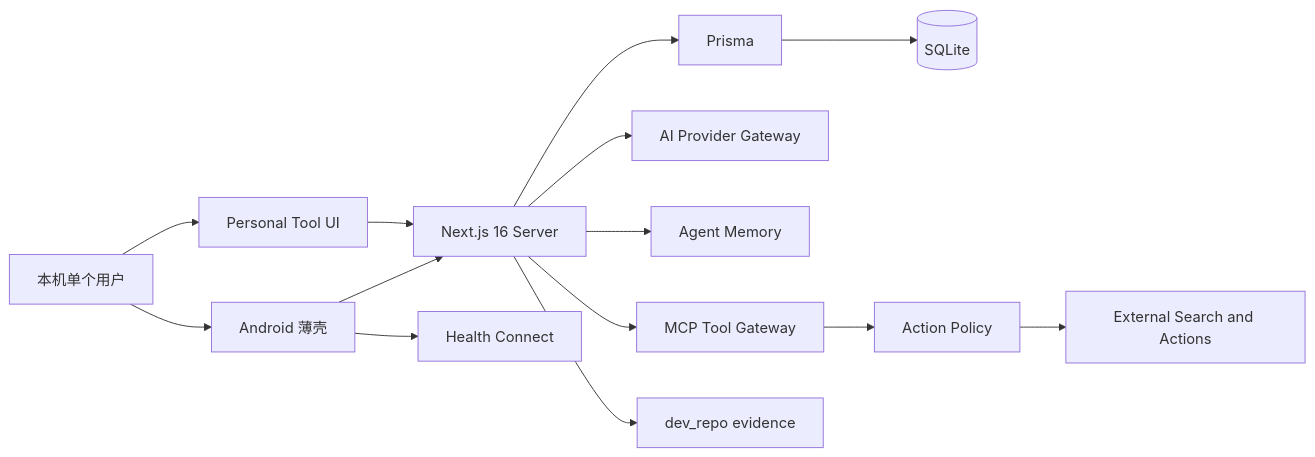
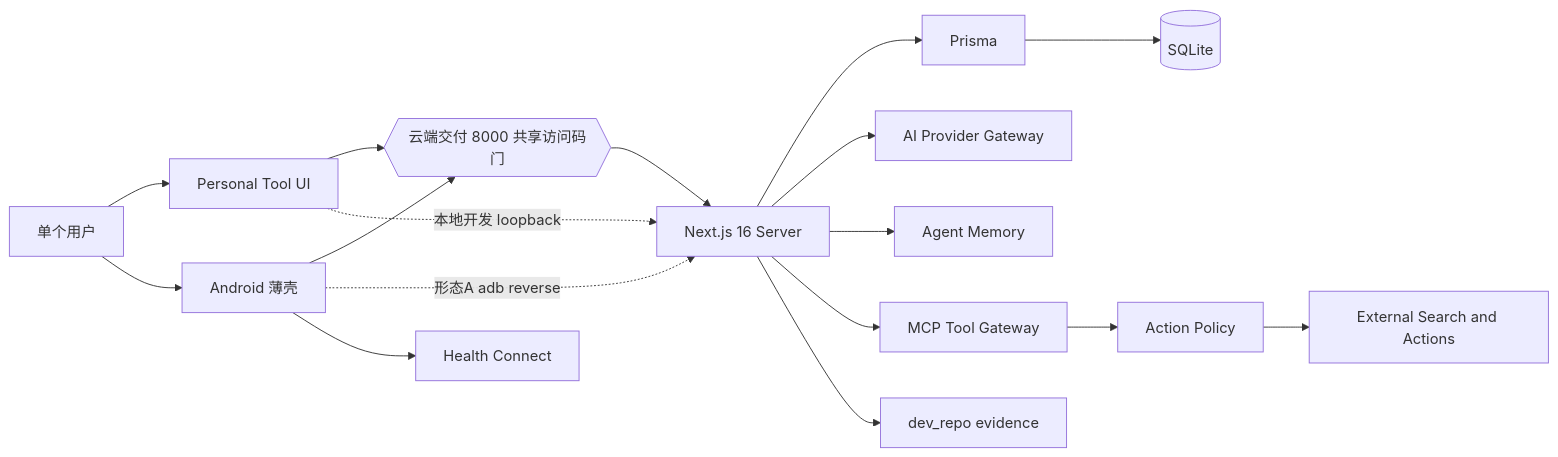
One commit to lehengzhangJacob/software_train changed the diagram in dev_repo/architecture/diagrams/context.mmd. Above: the diagram before and after it, drawn with Mermaid. The commit also changed 9 other files, not shown here.

Commit message:
docs(architecture): amend constitution for cloud delivery

```diff
--- a/dev_repo/architecture/diagrams/context.mmd
+++ b/dev_repo/architecture/diagrams/context.mmd
@@ -1,14 +1,17 @@
 flowchart LR
-  user[本机单个用户] --> browser[Personal Tool UI]
-  browser --> next[Next.js 16 Server]
+  user[单个用户] --> browser[Personal Tool UI]
   user --> shell[Android 薄壳]
-  shell --> next
+  browser --> gate{{云端交付 8000 共享访问码门}}
+  shell --> gate
+  gate --> next[Next.js 16 Server]
+  browser -. 本地开发 loopback .-> next
+  shell -. 形态A adb reverse .-> next
   shell --> hc[Health Connect]
   next --> prisma[Prisma]
   prisma --> sqlite[(SQLite)]
   next --> ai[AI Provider Gateway]
   next --> memory[Agent Memory]
   next --> mcp[MCP Tool Gateway]
   mcp --> policy[Action Policy]
   policy --> external[External Search and Actions]
   next --> evidence[dev_repo evidence]
```
